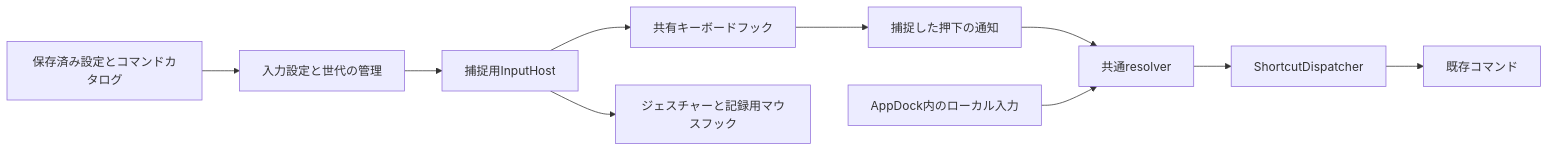
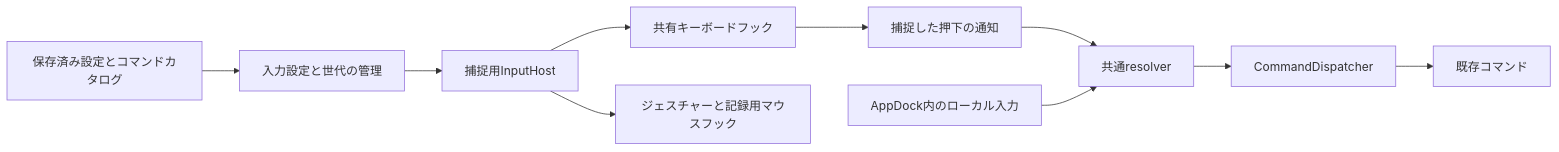
Before and after one commit to yukichi-7sai/AppDock.at365: the diagram in docs/keybindings.md, drawn with Mermaid. The commit also changed other lines of this file and 58 other files, not shown here.

````diff
--- a/docs/keybindings.md
+++ b/docs/keybindings.md
@@ -103,12 +107,12 @@
 ```mermaid
 flowchart LR
   Settings[保存済み設定とコマンドカタログ] --> Coordinator[入力設定と世代の管理]
   Coordinator --> Capture[捕捉用InputHost]
   Capture --> Keyboard[共有キーボードフック]
   Capture --> Mouse[ジェスチャーと記録用マウスフック]
   Keyboard --> Queue[捕捉した押下の通知]
   Queue --> Resolver[共通resolver]
-  Resolver --> Dispatcher[ShortcutDispatcher]
+  Resolver --> Dispatcher[CommandDispatcher]
   Dispatcher --> Commands[既存コマンド]
   Local[AppDock内のローカル入力] --> Resolver
 ```
````
